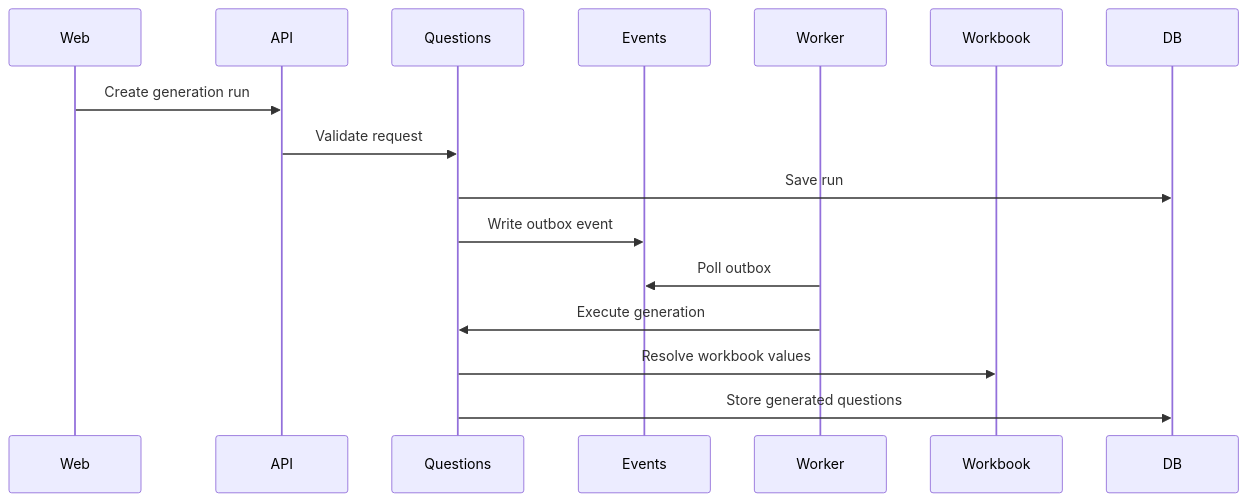
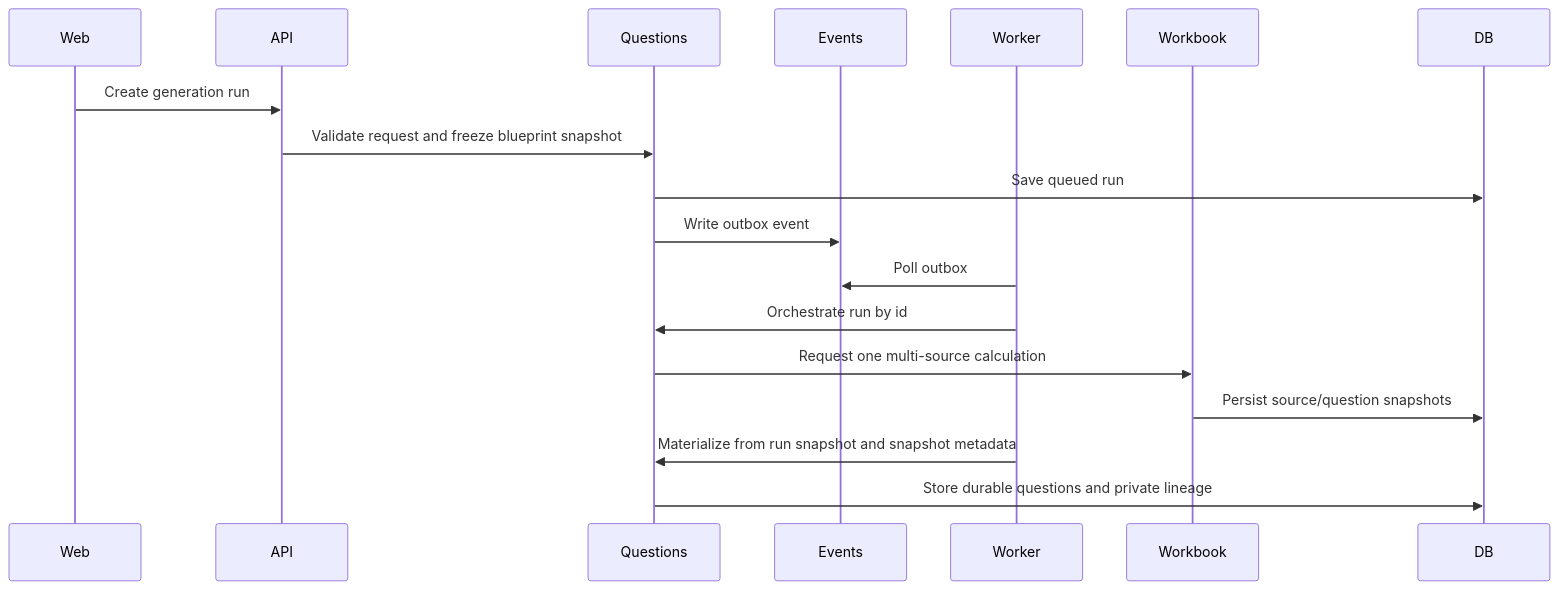
Before and after one commit to alirostami1/lemma: the fourth of 6 diagrams in docs/architecture.md, drawn with Mermaid. The commit also changed other lines of this file and 1286 other files, not shown here.

First line of the commit message:
feat(web): support multi-workbook blueprint sources (#94)

````diff
--- a/docs/architecture.md
+++ b/docs/architecture.md
@@ -70,19 +70,21 @@
 ```mermaid
 sequenceDiagram
   participant Web
   participant API
   participant Questions
   participant Events
   participant Worker
   participant Workbook
   participant DB
 
   Web->>API: Create generation run
-  API->>Questions: Validate request
-  Questions->>DB: Save run
+  API->>Questions: Validate request and freeze blueprint snapshot
+  Questions->>DB: Save queued run
   Questions->>Events: Write outbox event
   Worker->>Events: Poll outbox
-  Worker->>Questions: Execute generation
-  Questions->>Workbook: Resolve workbook values
-  Questions->>DB: Store generated questions
+  Worker->>Questions: Orchestrate run by id
+  Questions->>Workbook: Request one multi-source calculation
+  Workbook->>DB: Persist source/question snapshots
+  Worker->>Questions: Materialize from run snapshot and snapshot metadata
+  Questions->>DB: Store durable questions and private lineage
 ```
````
